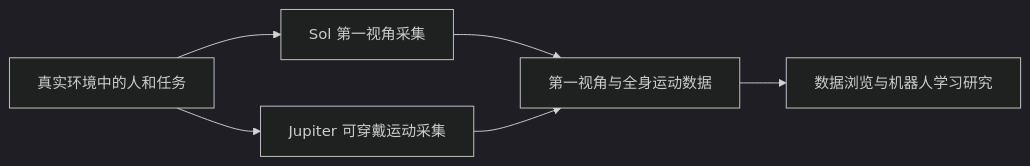
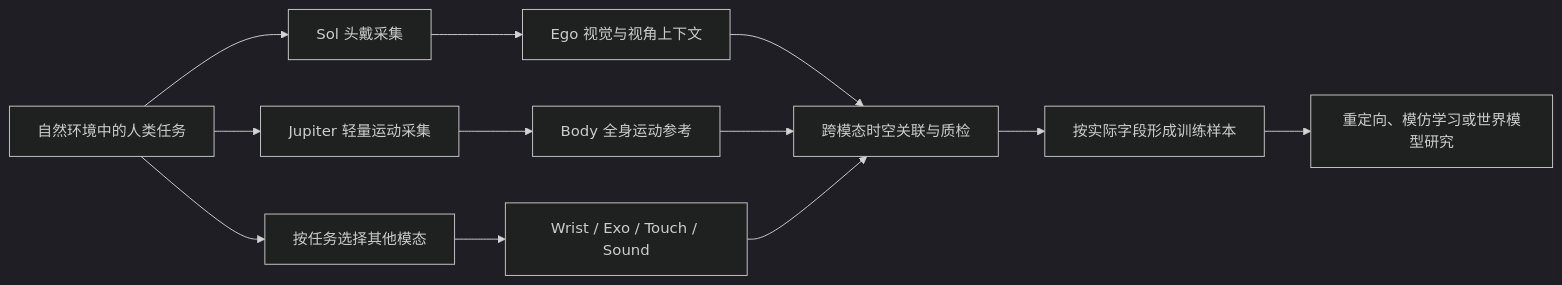
The diagram in wiki/entities/itw-ego-plus.md (ImChong/Robotics_Notebooks), drawn with Mermaid (dark theme) before and after one commit. The commit also changed other lines of this file, not shown here.

Commit message:
docs(wiki): 完善 ITW-Ego Plus 双语知识节点、模态选型与证据边界

````diff
--- a/wiki/entities/itw-ego-plus.md
+++ b/wiki/entities/itw-ego-plus.md
@@ -43,8 +60,14 @@
 ```mermaid
 flowchart LR
-  Person["真实环境中的人和任务"] --> Sol["Sol 第一视角采集"]
-  Person --> Jupiter["Jupiter 可穿戴运动采集"]
-  Sol --> Data["第一视角与全身运动数据"]
-  Jupiter --> Data
-  Data --> Use["数据浏览与机器人学习研究"]
+  H["自然环境中的人类任务"] --> S["Sol 头戴采集"]
+  H --> J["Jupiter 轻量运动采集"]
+  H --> O["按任务选择其他模态"]
+  S --> E["Ego 视觉与视角上下文"]
+  J --> B["Body 全身运动参考"]
+  O --> W["Wrist / Exo / Touch / Sound"]
+  E --> A["跨模态时空关联与质检"]
+  B --> A
+  W --> A
+  A --> D["按实际字段形成训练样本"]
+  D --> R["重定向、模仿学习或世界模型研究"]
 ```
````
